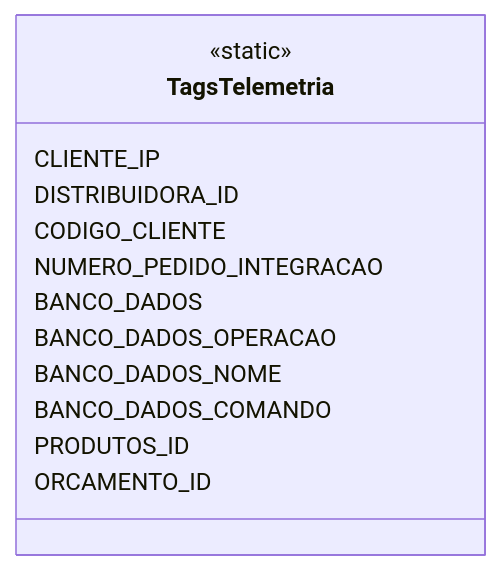
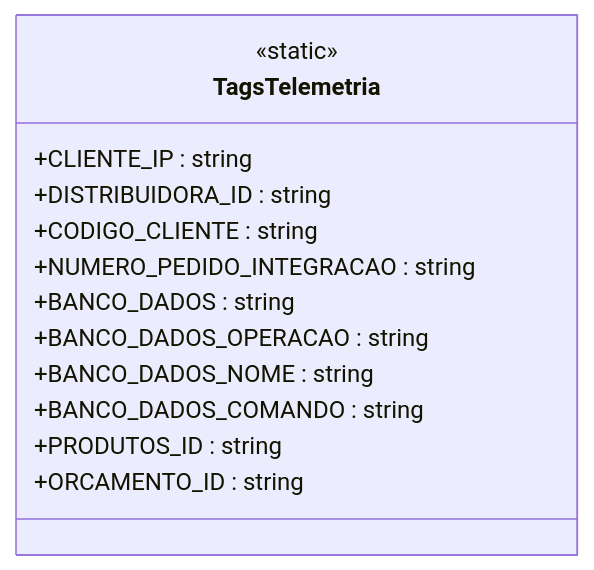
The diagram in docs/b2b-dominio/IsthmusWinthor.Nucleo/IsthmusWinthor.Dominio/Util/TagsTelemetria.md (IsthmusSistemas/documentacao-tecnica), drawn with Mermaid before and after one commit. The commit also changed other lines of this file and 882 other files, not shown here.

````diff
--- a/docs/b2b-dominio/IsthmusWinthor.Nucleo/IsthmusWinthor.Dominio/Util/TagsTelemetria.md
+++ b/docs/b2b-dominio/IsthmusWinthor.Nucleo/IsthmusWinthor.Dominio/Util/TagsTelemetria.md
@@ -21,16 +20,16 @@
 ```mermaid
 classDiagram
     class TagsTelemetria {
         <<static>>
-        CLIENTE_IP
-        DISTRIBUIDORA_ID
-        CODIGO_CLIENTE
-        NUMERO_PEDIDO_INTEGRACAO
-        BANCO_DADOS
-        BANCO_DADOS_OPERACAO
-        BANCO_DADOS_NOME
-        BANCO_DADOS_COMANDO
-        PRODUTOS_ID
-        ORCAMENTO_ID
+        +CLIENTE_IP : string
+        +DISTRIBUIDORA_ID : string
+        +CODIGO_CLIENTE : string
+        +NUMERO_PEDIDO_INTEGRACAO : string
+        +BANCO_DADOS : string
+        +BANCO_DADOS_OPERACAO : string
+        +BANCO_DADOS_NOME : string
+        +BANCO_DADOS_COMANDO : string
+        +PRODUTOS_ID : string
+        +ORCAMENTO_ID : string
     }
 ```
````
